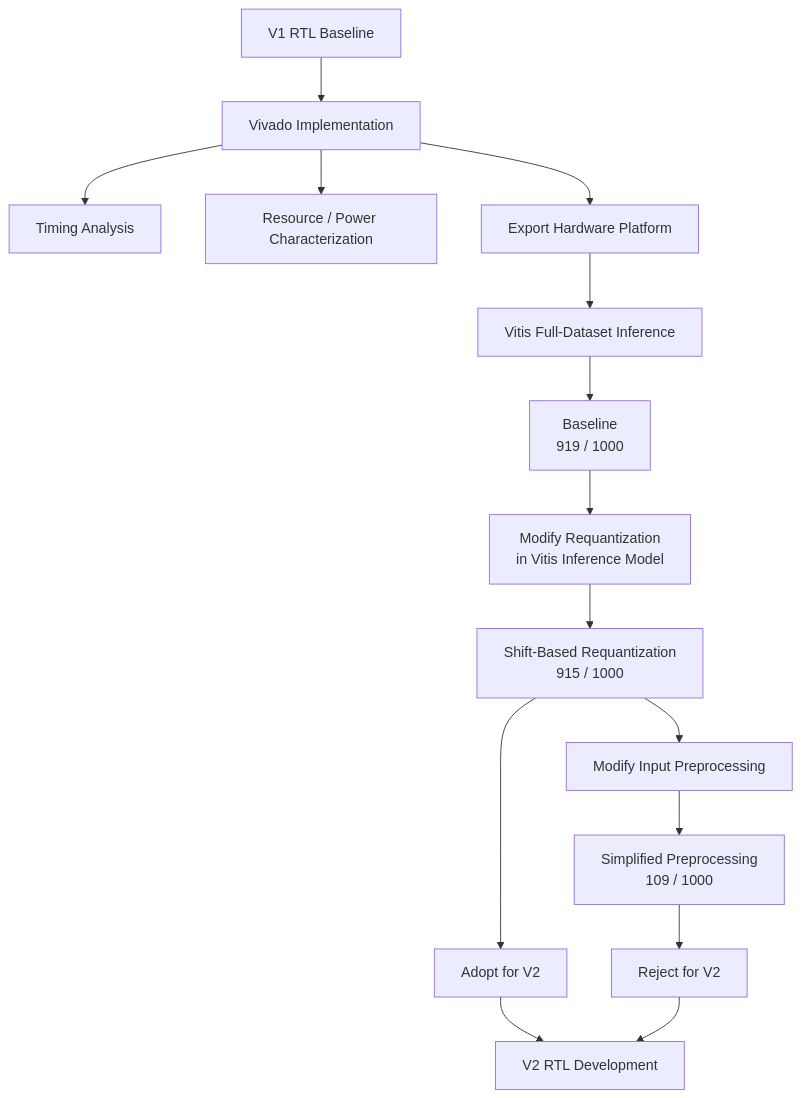
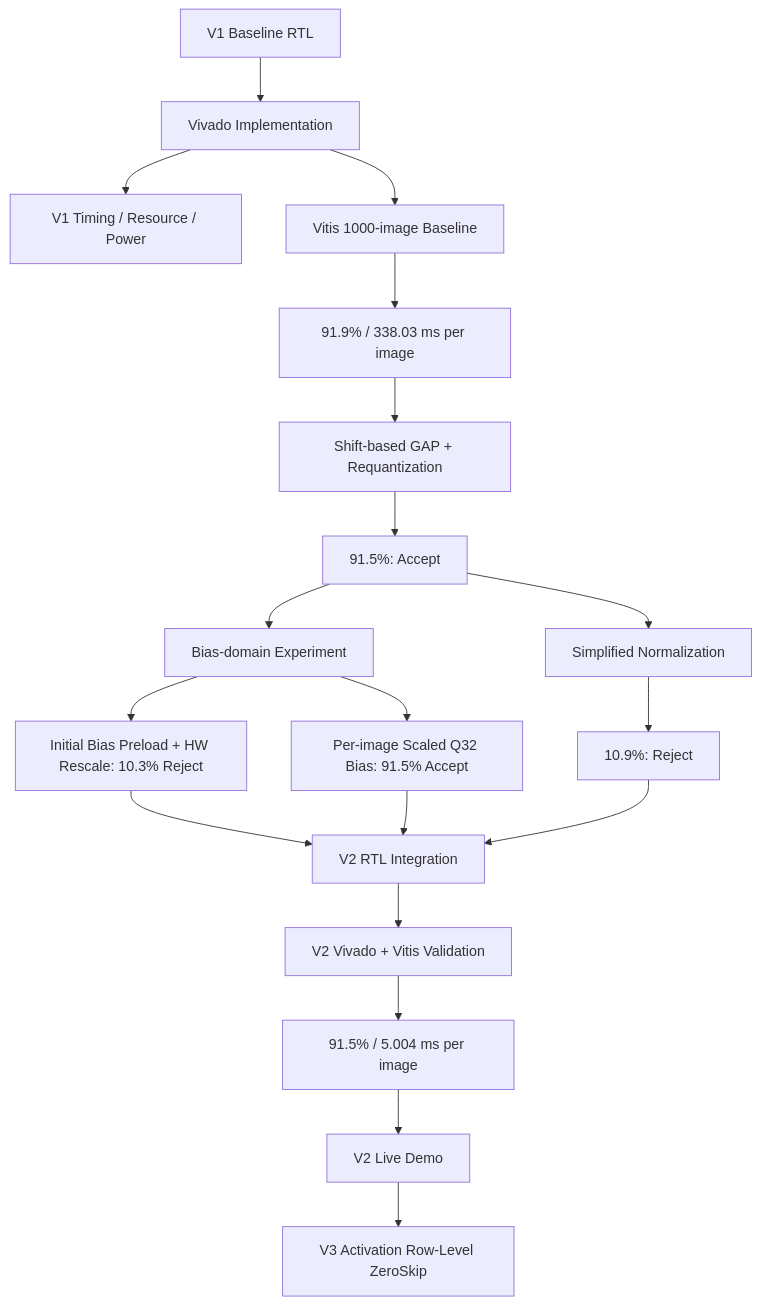
One commit to kooseo1296-debug/Project-2 changed the first of 2 diagrams in docs/Experiments.md. Above: the diagram before and after it, drawn with Mermaid. The commit also changed other lines of this file and 4 other files, not shown here.

````diff
--- a/docs/Experiments.md
+++ b/docs/Experiments.md
@@ -58,25 +65,23 @@
 ```mermaid
 flowchart TD
+    A[V1 Baseline RTL] --> B[Vivado Implementation]
+    B --> C[V1 Timing / Resource / Power]
+    B --> D[Vitis 1000-image Baseline]
+    D --> E[91.9% / 338.03 ms per image]
 
-    A[V1 RTL Baseline] --> B[Vivado Implementation]
+    E --> F[Shift-based GAP + Requantization]
+    F --> G[91.5%: Accept]
+    G --> H[Simplified Normalization]
+    H --> I[10.9%: Reject]
+    G --> J[Bias-domain Experiment]
+    J --> K[Initial Bias Preload + HW Rescale: 10.3% Reject]
+    J --> L[Per-image Scaled Q32 Bias: 91.5% Accept]
 
-    B --> C[Timing Analysis]
-    B --> D[Resource / Power Characterization]
-    B --> E[Export Hardware Platform]
-
-    E --> F[Vitis Full-Dataset Inference]
-
-    F --> G[Baseline<br/>919 / 1000]
-
-    G --> H[Modify Requantization<br/>in Vitis Inference Model]
-    H --> I[Shift-Based Requantization<br/>915 / 1000]
-
-    I --> J[Modify Input Preprocessing]
-    J --> K[Simplified Preprocessing<br/>109 / 1000]
-
-    I --> L[Adopt for V2]
-    K --> M[Reject for V2]
-
-    L --> N[V2 RTL Development]
-    M --> N
+    K --> M[V2 RTL Integration]
+    L --> M
+    I --> M
+    M --> N[V2 Vivado + Vitis Validation]
+    N --> O[91.5% / 5.004 ms per image]
+    O --> P[V2 Live Demo]
+    P --> Q[V3 Activation Row-Level ZeroSkip]
 ```
````
